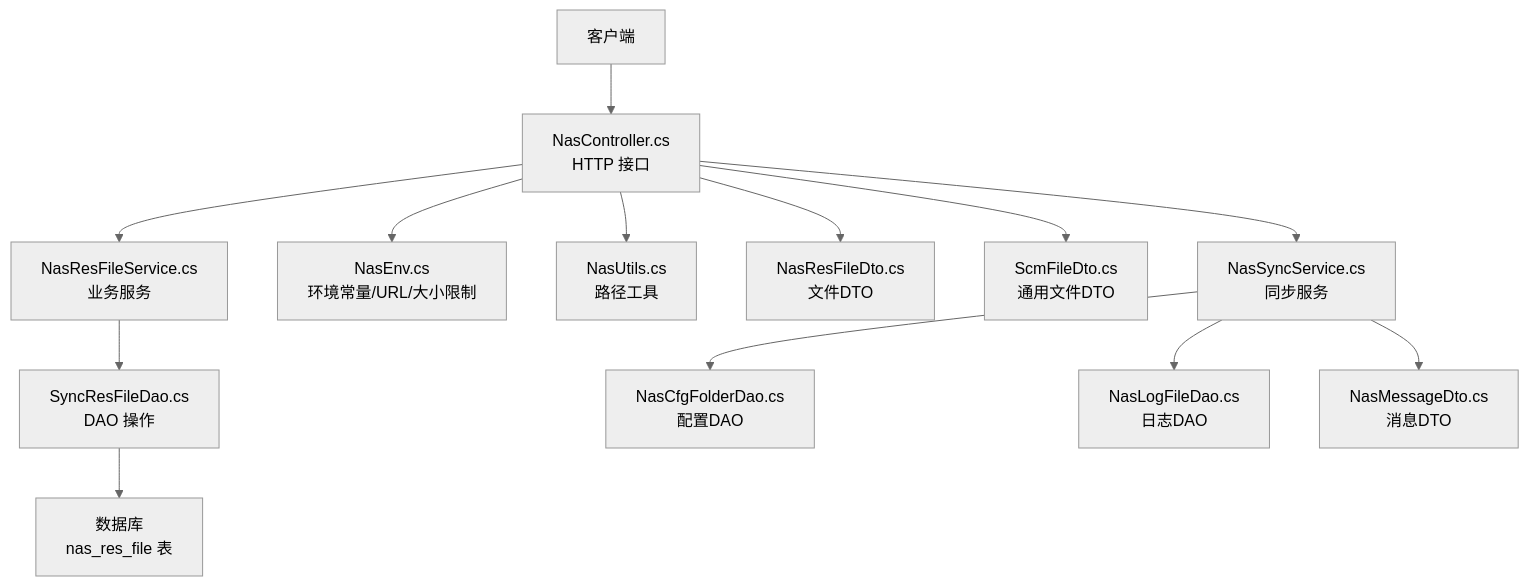
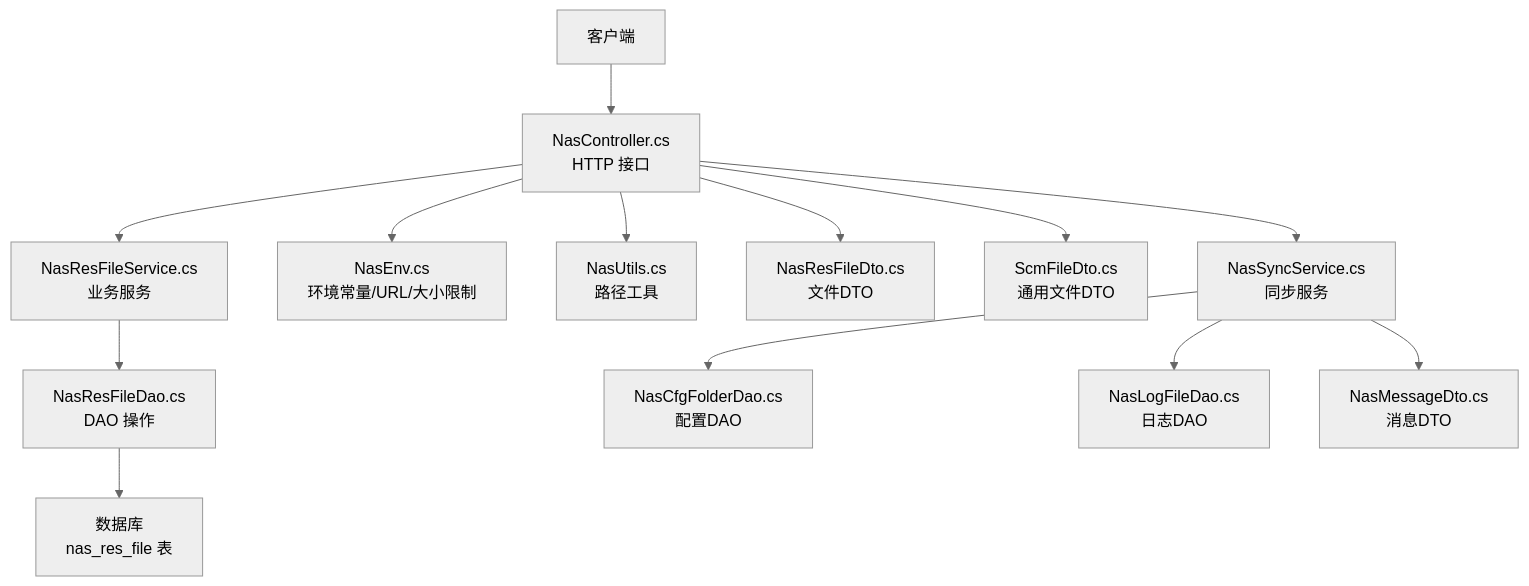
Before and after one commit to leadiot/Scm.Net: the second of 10 diagrams in .qoder/repowiki/zh/content/文件管理系统/文件管理系统.md, drawn with Mermaid (neutral theme). The commit also changed other lines of this file and 17 other files, not shown here.

````diff
--- a/.qoder/repowiki/zh/content/文件管理系统/文件管理系统.md
+++ b/.qoder/repowiki/zh/content/文件管理系统/文件管理系统.md
@@ -152,15 +156,15 @@
 ```mermaid
 graph TB
 Client["客户端"] --> API["NasController.cs<br/>HTTP 接口"]
 API --> SVC["NasResFileService.cs<br/>业务服务"]
-SVC --> DAO["SyncResFileDao.cs<br/>DAO 操作"]
+SVC --> DAO["NasResFileDao.cs<br/>DAO 操作"]
 DAO --> DB["数据库<br/>nas_res_file 表"]
 API --> ENV["NasEnv.cs<br/>环境常量/URL/大小限制"]
 API --> UTIL["NasUtils.cs<br/>路径工具"]
 API --> DTO["NasResFileDto.cs<br/>文件DTO"]
 API --> SFD["ScmFileDto.cs<br/>通用文件DTO"]
 API --> SYNC["NasSyncService.cs<br/>同步服务"]
 SYNC --> CFG["NasCfgFolderDao.cs<br/>配置DAO"]
 SYNC --> LOG["NasLogFileDao.cs<br/>日志DAO"]
 SYNC --> MSG["NasMessageDto.cs<br/>消息DTO"]
 ```
````
